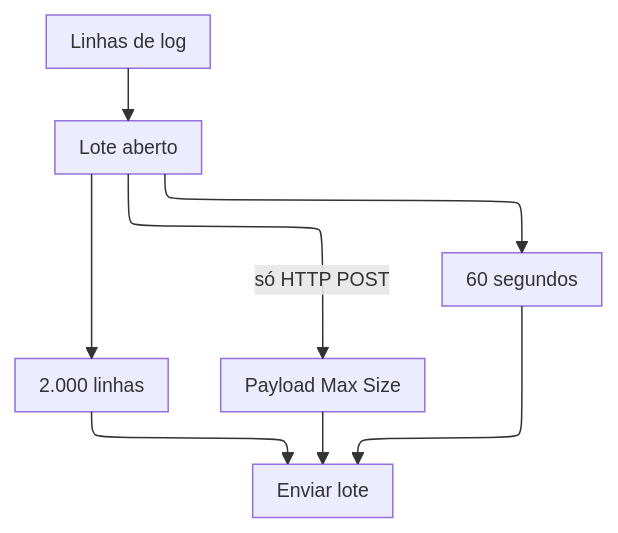
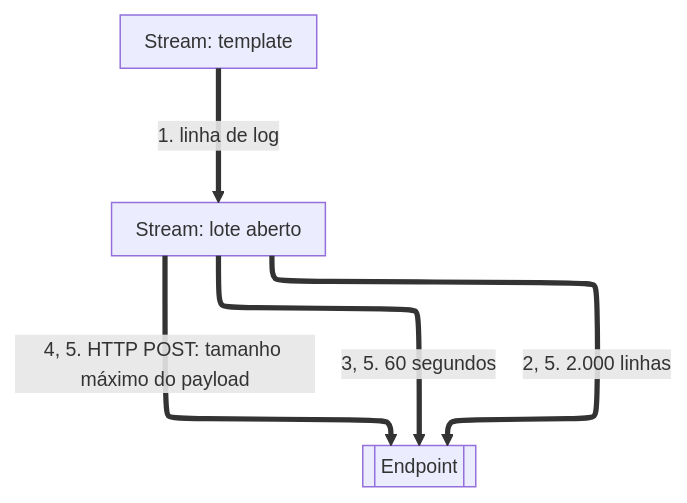
Before and after one commit to aziontech/docs: the second of 3 diagrams in apps/docs/src/content/docs/pt-br/pages/observe/data-stream/how-it-works.mdx, drawn with Mermaid. The commit also changed other lines of this file and 92 other files, not shown here.

````diff
--- a/apps/docs/src/content/docs/pt-br/pages/observe/data-stream/how-it-works.mdx
+++ b/apps/docs/src/content/docs/pt-br/pages/observe/data-stream/how-it-works.mdx
@@ -70,11 +81,11 @@
 ```mermaid
 %%{init: {"layout": "elk", "themeVariables": {"fontSize": "13px"}, "flowchart": {"nodeSpacing": 24, "rankSpacing": 36, "padding": 8, "wrappingWidth": 150, "useMaxWidth": true}, "sequence": {"width": 120, "actorMargin": 30, "useMaxWidth": true}}}%%
 flowchart TD
-  Lines["Linhas de log"] --> Batch["Lote aberto"]
-  Batch --> Count["2.000 linhas"]
-  Batch --> Time["60 segundos"]
-  Batch -->|"só HTTP POST"| Size["Payload Max Size"]
-  Count --> Send["Enviar lote"]
-  Time --> Send
-  Size --> Send
+  Tpl["Stream: template"]
+  Bat["Stream: lote aberto"]
+  End[["Endpoint"]]
+  Tpl ==>|"1. linha de log"| Bat
+  Bat ==>|"2, 5. 2.000 linhas"| End
+  Bat ==>|"3, 5. 60 segundos"| End
+  Bat ==>|"4, 5. HTTP POST: tamanho máximo do payload"| End
 ```
````
